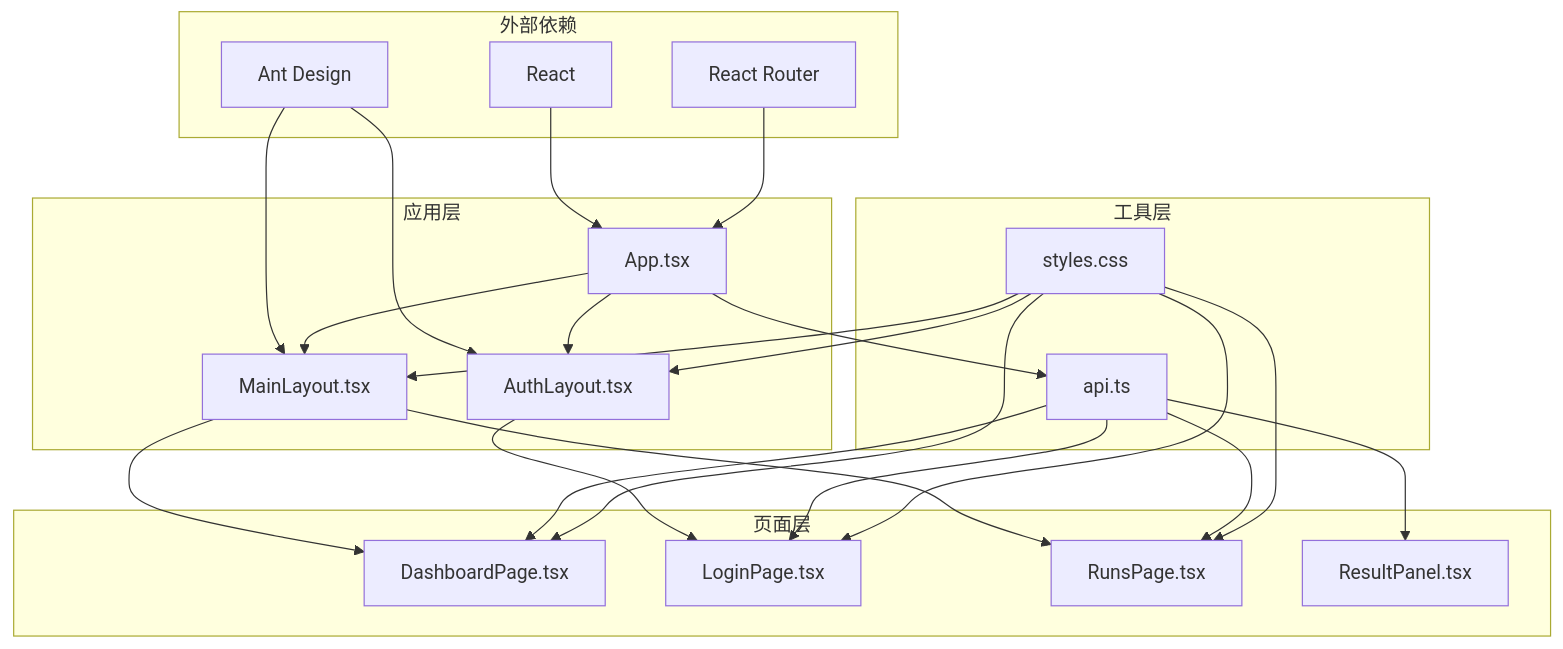
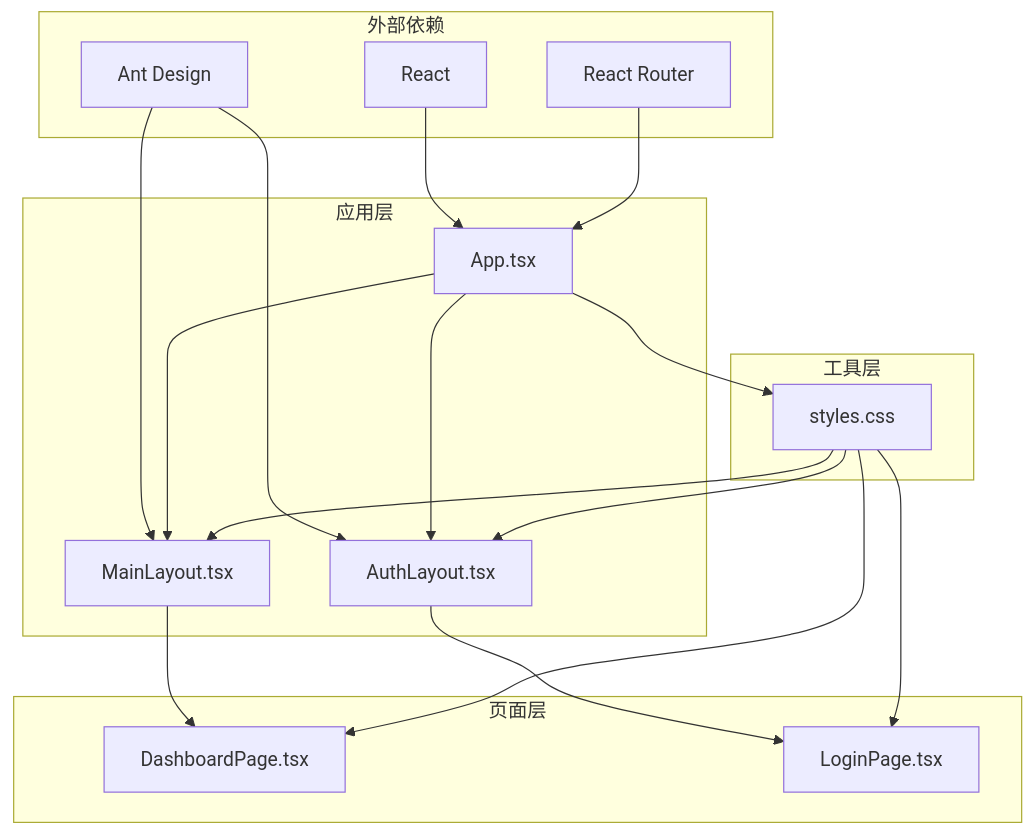
Before and after one commit to hanksd769-droid/sailshub: the sixth of 7 diagrams in .qoder/repowiki/zh/content/前端组件架构/布局组件.md, drawn with Mermaid. The commit also changed other lines of this file and 3 other files, not shown here.

````diff
--- a/.qoder/repowiki/zh/content/前端组件架构/布局组件.md
+++ b/.qoder/repowiki/zh/content/前端组件架构/布局组件.md
@@ -331,42 +330,33 @@
 ```mermaid
 graph TB
 subgraph "外部依赖"
 React[React]
 Router[React Router]
 Antd[Ant Design]
 end
 subgraph "应用层"
 App[App.tsx]
 MainLayout[MainLayout.tsx]
 AuthLayout[AuthLayout.tsx]
 end
 subgraph "工具层"
-API[api.ts]
 Styles[styles.css]
 end
 subgraph "页面层"
 Dashboard[DashboardPage.tsx]
 Login[LoginPage.tsx]
-Runs[RunsPage.tsx]
-ResultPanel[ResultPanel.tsx]
 end
 React --> App
 Router --> App
 Antd --> MainLayout
 Antd --> AuthLayout
 App --> MainLayout
 App --> AuthLayout
-App --> API
+App --> Styles
 MainLayout --> Dashboard
-MainLayout --> Runs
 AuthLayout --> Login
-API --> Dashboard
-API --> Login
-API --> Runs
-API --> ResultPanel
 Styles --> MainLayout
 Styles --> AuthLayout
 Styles --> Dashboard
 Styles --> Login
-Styles --> Runs
 ```
````
